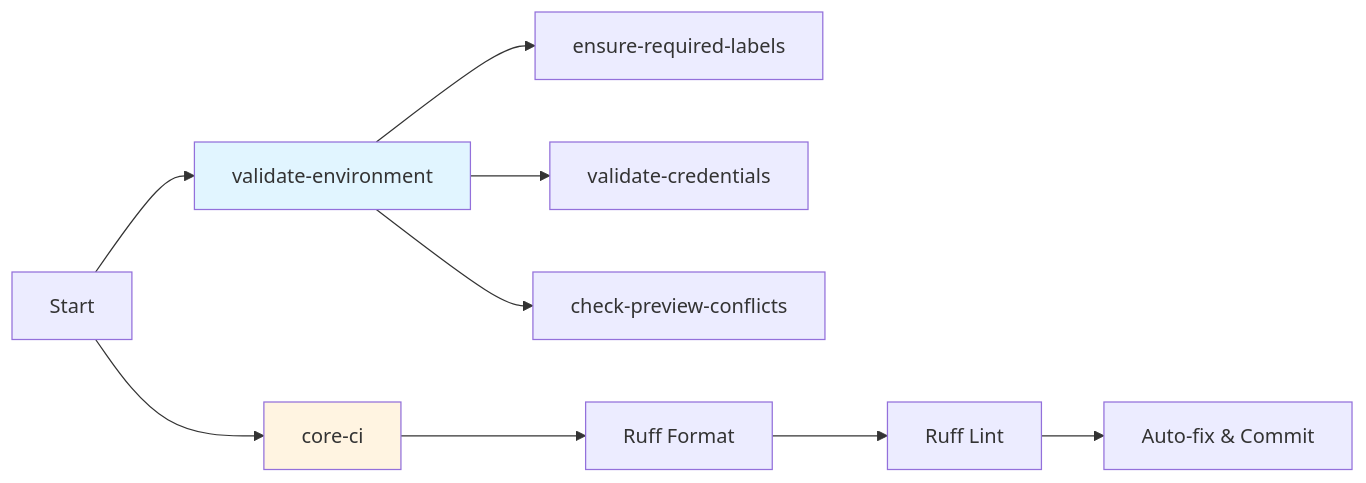
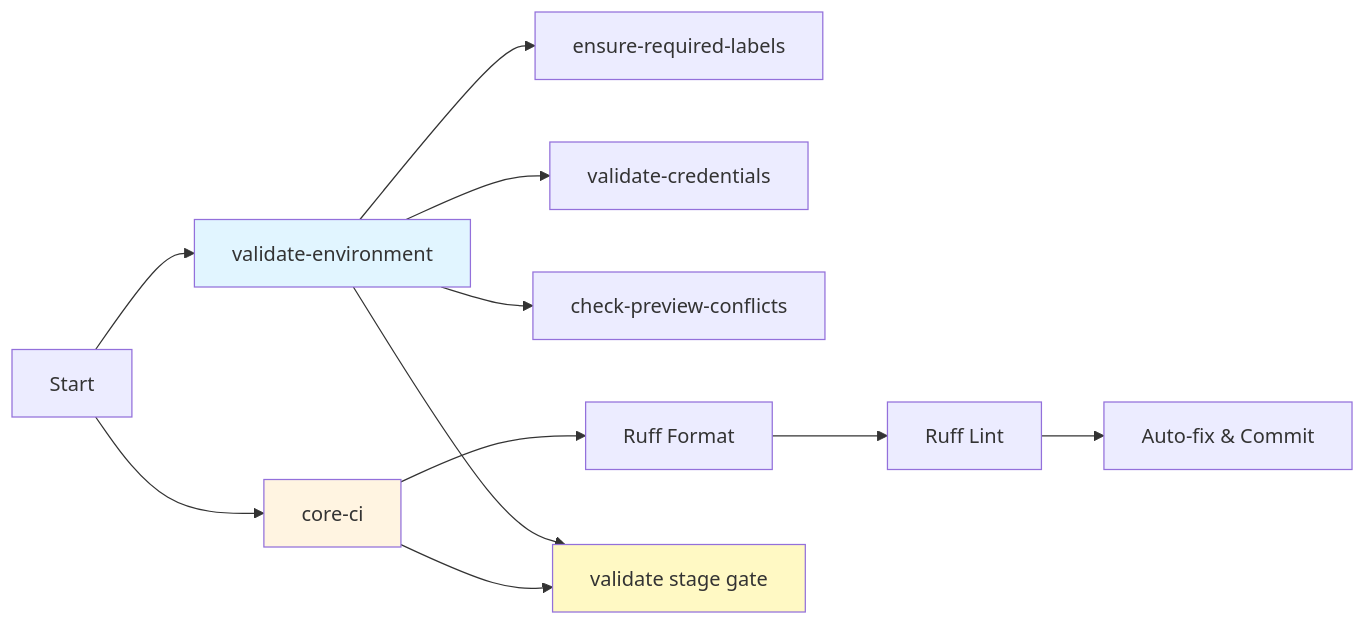
Before and after one commit to SuperiorByteWorks-LLC/ag-skills-demo: the second of 12 diagrams in .github/workflows/README.md, drawn with Mermaid. The commit also changed other lines of this file and 74 other files, not shown here.

````diff
--- a/.github/workflows/README.md
+++ b/.github/workflows/README.md
@@ -48,16 +60,20 @@
 ```mermaid
 graph LR
-    A[Start] --> B[validate-environment]
-    A --> C[core-ci]
-    
-    B --> B1[ensure-required-labels]
-    B --> B2[validate-credentials]
-    B --> B3[check-preview-conflicts]
-    
-    C --> C1[Ruff Format]
-    C1 --> C2[Ruff Lint]
-    C2 --> C3[Auto-fix & Commit]
-    
-    style B fill:#e1f5ff
-    style C fill:#fff4e1
+A[Start] --> B[validate-environment]
+A --> C[core-ci]
+
+B --> B1[ensure-required-labels]
+B --> B2[validate-credentials]
+B --> B3[check-preview-conflicts]
+
+C --> C1[Ruff Format]
+C1 --> C2[Ruff Lint]
+C2 --> C3[Auto-fix & Commit]
+
+B --> D[validate stage gate]
+C --> D
+
+style B fill:#e1f5ff
+style C fill:#fff4e1
+style D fill:#fff9c4
 ```
````
